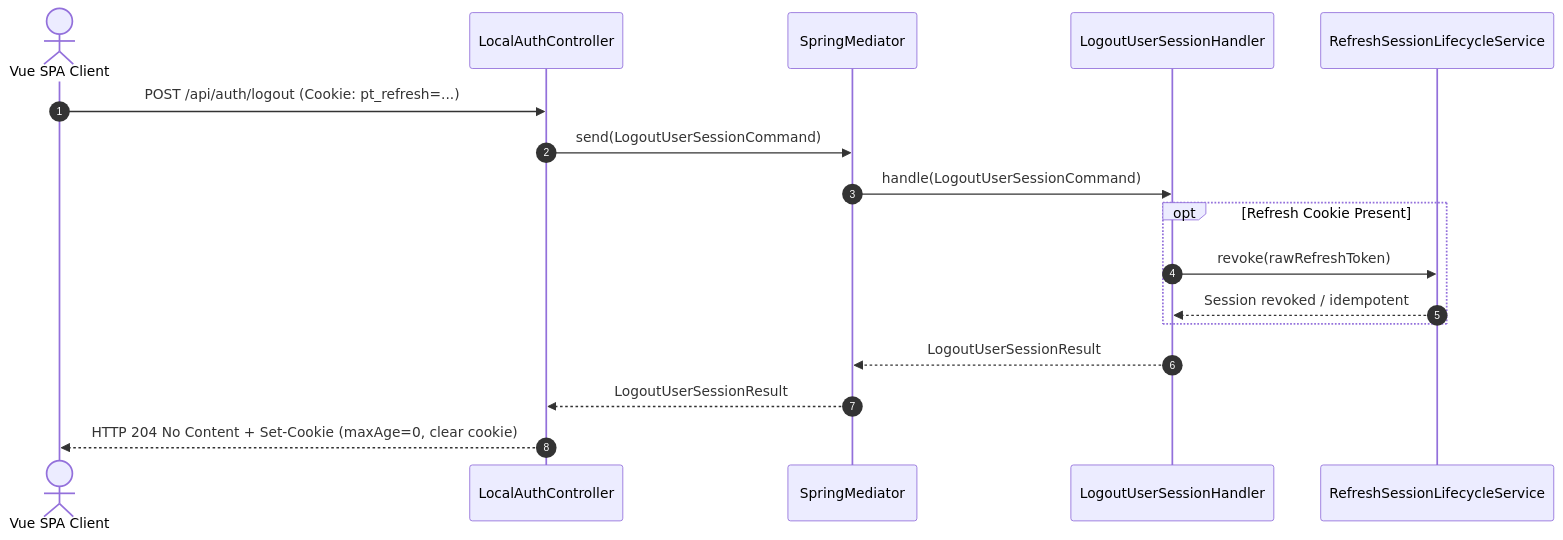
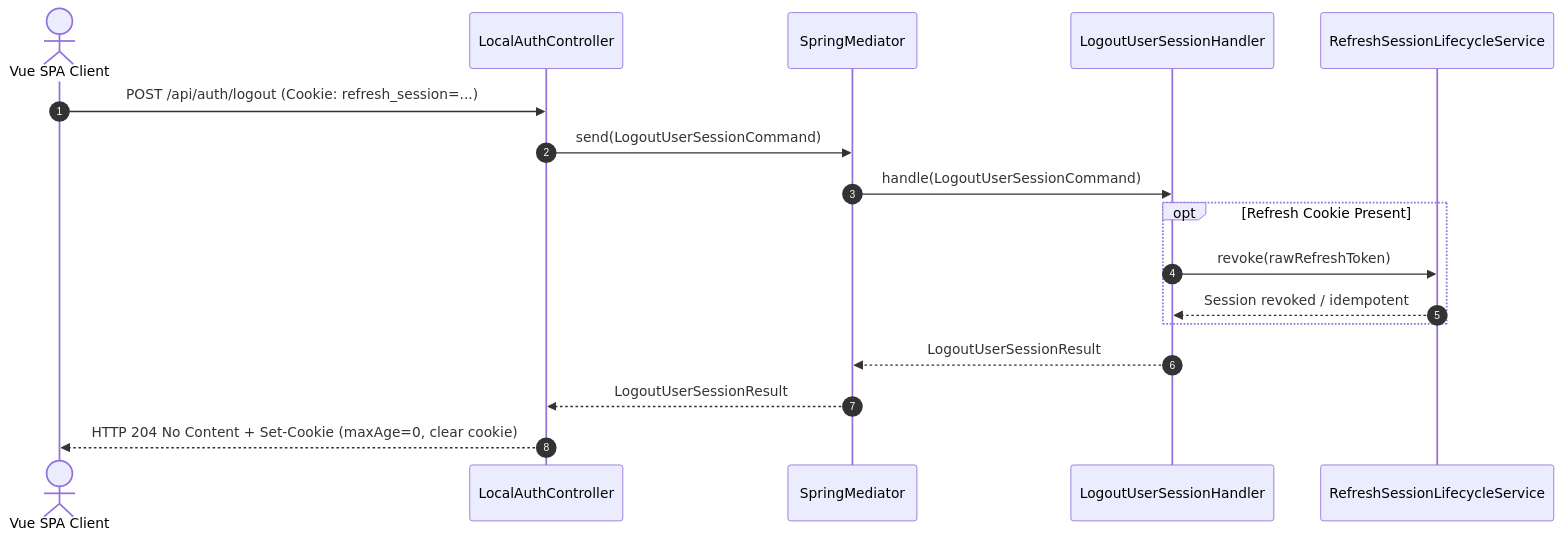
The third of 4 diagrams in docs/architecture/login-flow.md (dallay/profiletailors.com), drawn with Mermaid before and after one commit. The commit also changed other lines of this file and 22 other files, not shown here.

Commit message:
docs(architecture): add C4 and sequence diagrams for authentication login flow

````diff
--- a/docs/architecture/login-flow.md
+++ b/docs/architecture/login-flow.md
@@ -147,22 +144,22 @@
 ```mermaid
 sequenceDiagram
     autonumber
     actor User as Vue SPA Client
     participant Controller as LocalAuthController
     participant Mediator as SpringMediator
     participant Handler as LogoutUserSessionHandler
     participant RefreshService as RefreshSessionLifecycleService
 
-    User->>Controller: POST /api/auth/logout (Cookie: pt_refresh=...)
+    User->>Controller: POST /api/auth/logout (Cookie: refresh_session=...)
     Controller->>Mediator: send(LogoutUserSessionCommand)
     Mediator->>Handler: handle(LogoutUserSessionCommand)
 
     opt Refresh Cookie Present
         Handler->>RefreshService: revoke(rawRefreshToken)
         RefreshService-->>Handler: Session revoked / idempotent
     end
 
     Handler-->>Mediator: LogoutUserSessionResult
     Mediator-->>Controller: LogoutUserSessionResult
     Controller-->>User: HTTP 204 No Content + Set-Cookie (maxAge=0, clear cookie)
 ```
````
